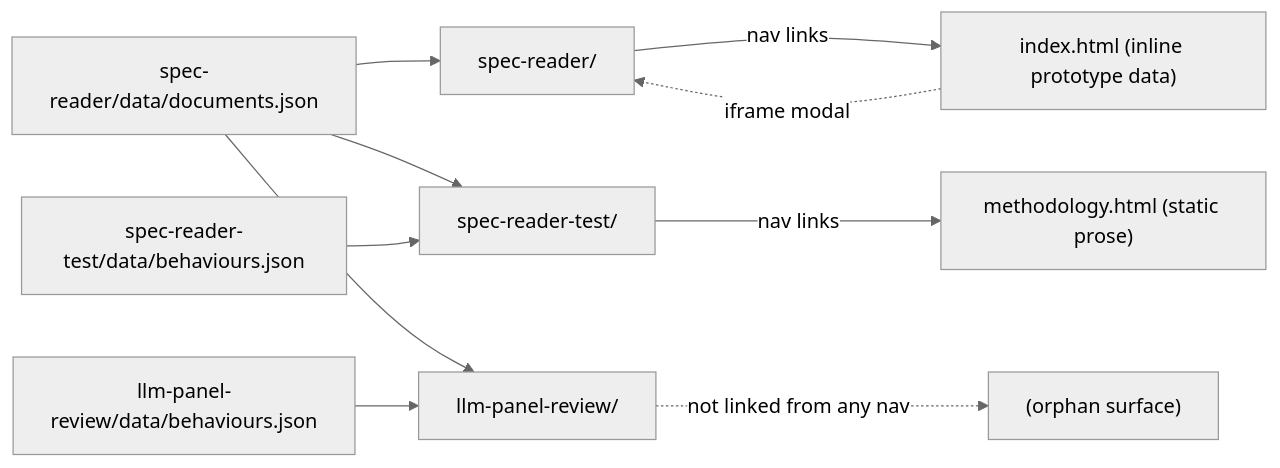
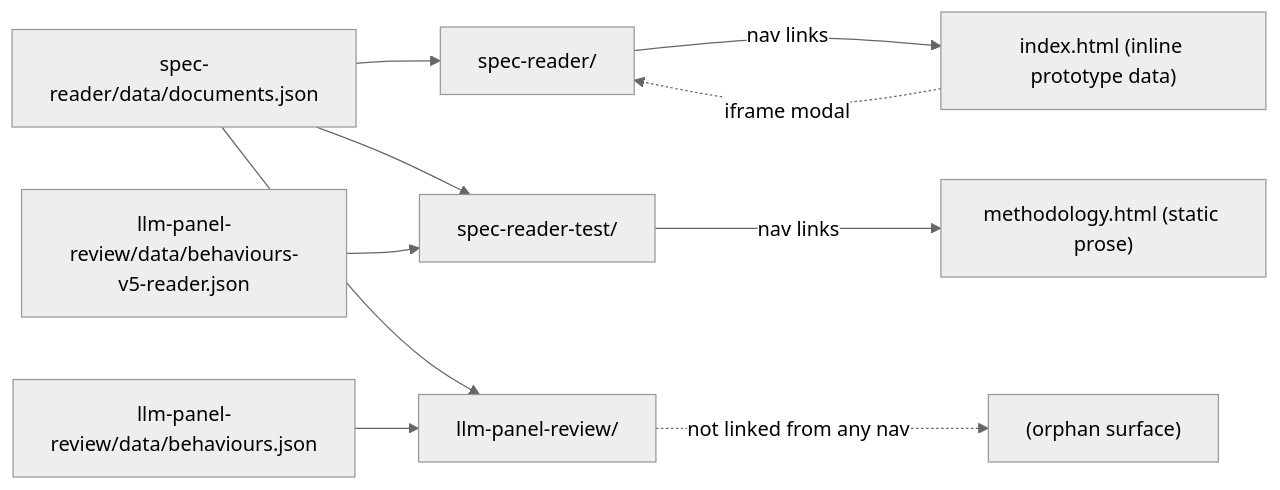
The diagram in site/OVERVIEW.md (AndresCotton/ai-character-index), drawn with Mermaid (neutral theme) before and after one commit. The commit also changed 20 other files, not shown here.

````diff
--- a/site/OVERVIEW.md
+++ b/site/OVERVIEW.md
@@ -29,13 +29,13 @@
 ```mermaid
 graph LR
   docpayload["spec-reader/data/documents.json"] --> reader["spec-reader/"]
   docpayload --> bench["spec-reader-test/"]
-  benchdata["spec-reader-test/data/behaviours.json"] --> bench
+  benchdata["llm-panel-review/data/behaviours-v5-reader.json"] --> bench
   docpayload --> panel["llm-panel-review/"]
   paneldata["llm-panel-review/data/behaviours.json"] --> panel
   index["index.html (inline prototype data)"] -.->|iframe modal| reader
   methodology["methodology.html (static prose)"]
   reader -->|nav links| index
   bench -->|nav links| methodology
   panel -.->|not linked from any nav| nowhere["(orphan surface)"]
 ```
````
